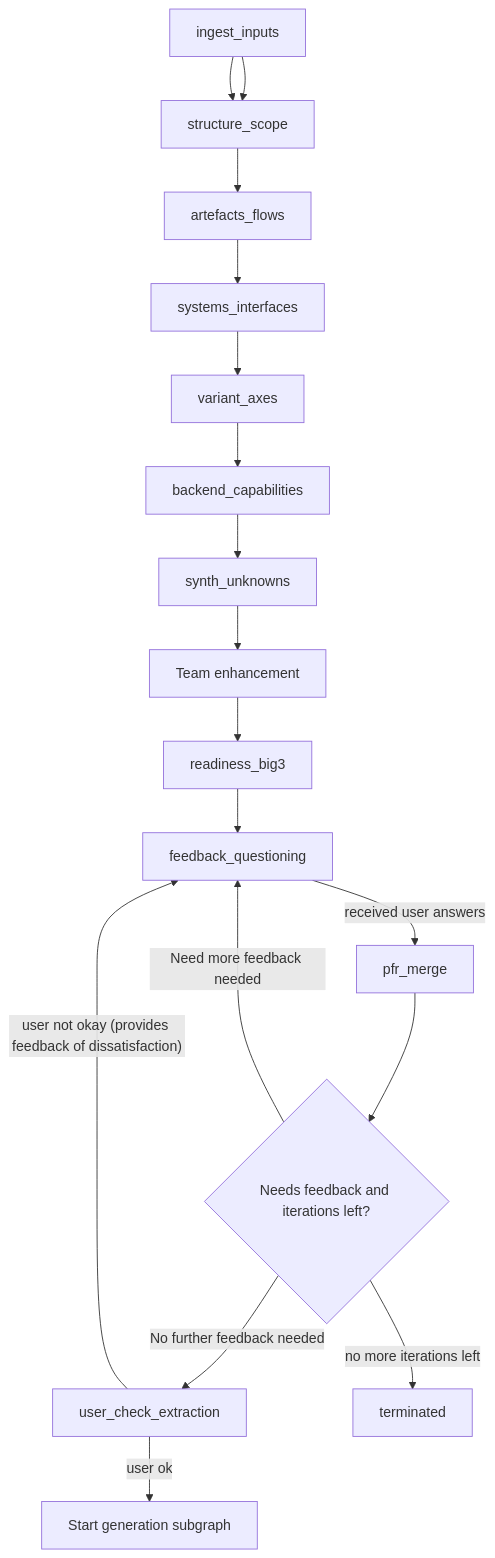
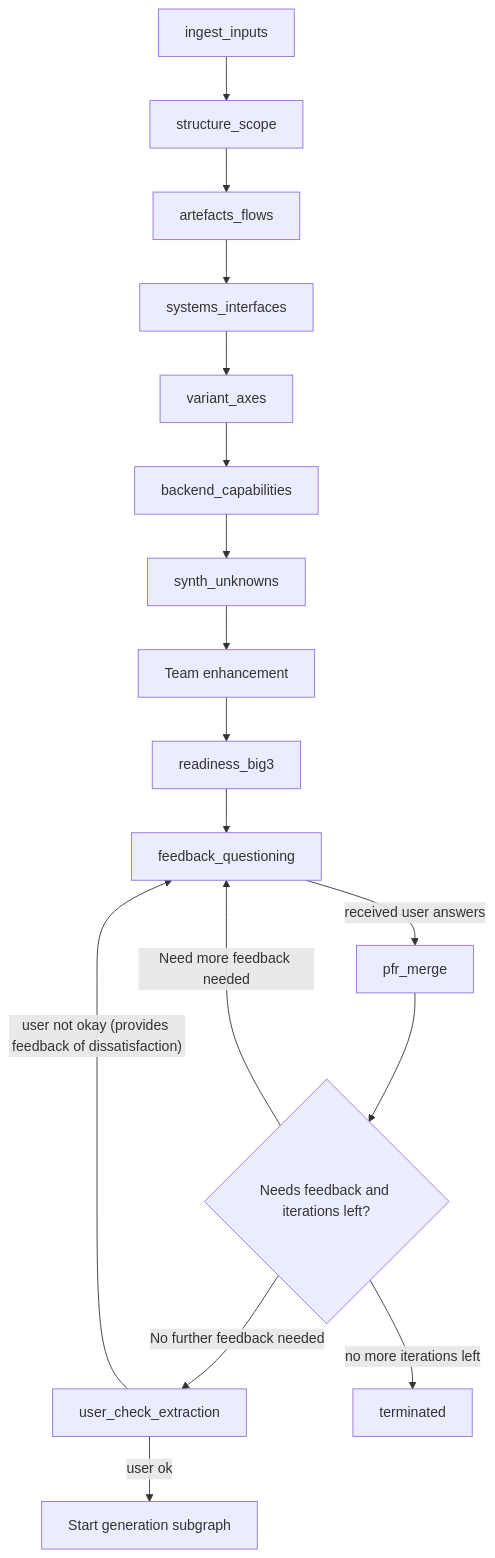
One commit to hangchill/GROSS_agentic_estimation_tool changed the second of 3 diagrams in docs/DESIGN.md. Above: the diagram before and after it, drawn with Mermaid. The commit also changed other lines of this file, not shown here.

````diff
--- a/docs/DESIGN.md
+++ b/docs/DESIGN.md
@@ -110,25 +110,29 @@
 ```mermaid
 flowchart TD
-A[ingest_inputs] --> B[structure_scope]
-A[ingest_inputs] --> B[structure_scope]
+    A[ingest_inputs] --> B[structure_scope]
     B --> C[artefacts_flows]
     C --> D[systems_interfaces]
     D --> E[variant_axes]
     E --> F[backend_capabilities]
     F --> G[synth_unknowns]
         
     G --> TE[Team enhancement]
     
     TE --> R1[readiness_big3]
     R1 --> FQ[feedback_questioning]
     FQ -->|received user answers| PM[pfr_merge]
     
     PM --> NFI{Needs feedback and iterations left?}
     
     NFI -->|No further feedback needed| UCE[user_check_extraction]
-    NFI -->|Need more feedback needed| FQ
+    
+    %% Using a longer arrow (3 hyphens) pushes this line wider to the side
+    NFI --->|Need more feedback needed| FQ
+    
     NFI -->|no more iterations left| TM[terminated]
     
     UCE -->|user ok| SGS[Start generation subgraph]
-    UCE -->|"user not okay (provides feedback of dissatisfaction)"| FQ
+    
+    %% Using an even longer arrow (4 hyphens) pushes this one out even further
+    UCE ---->|"user not okay (provides feedback of dissatisfaction)"| FQ
 ```
````
